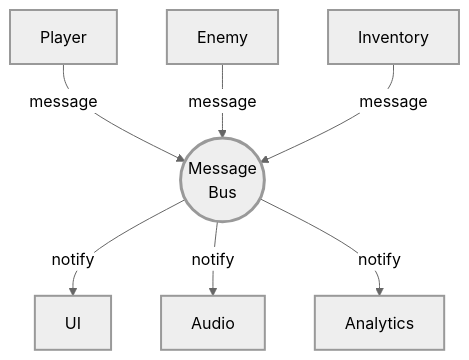
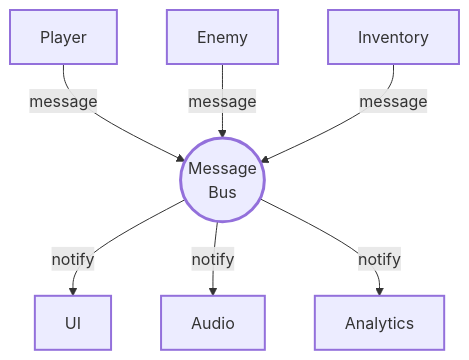
One commit to wallstop/DxMessaging changed the second of 7 diagrams in docs/getting-started/visual-guide.md. Above: the diagram before and after it, drawn with Mermaid. The commit also changed other lines of this file and 54 other files, not shown here.

````diff
--- a/docs/getting-started/visual-guide.md
+++ b/docs/getting-started/visual-guide.md
@@ -38,26 +37,25 @@
 ```mermaid
-%%{init: {'theme': 'neutral'}}%%
-graph TB
+flowchart TB
     Player[Player]
     Enemy[Enemy]
     Inventory[Inventory]
     Bus((Message<br/>Bus))
     UI[UI]
     Audio[Audio]
     Analytics[Analytics]
 
     Player -->|message| Bus
     Enemy -->|message| Bus
     Inventory -->|message| Bus
 
     Bus -->|notify| UI
     Bus -->|notify| Audio
     Bus -->|notify| Analytics
 
     classDef primary stroke-width:2px
     class Player,Enemy,Inventory primary
     classDef warning stroke-width:3px
     class Bus warning
     classDef success stroke-width:2px
     class UI,Audio,Analytics success
 ```
````
